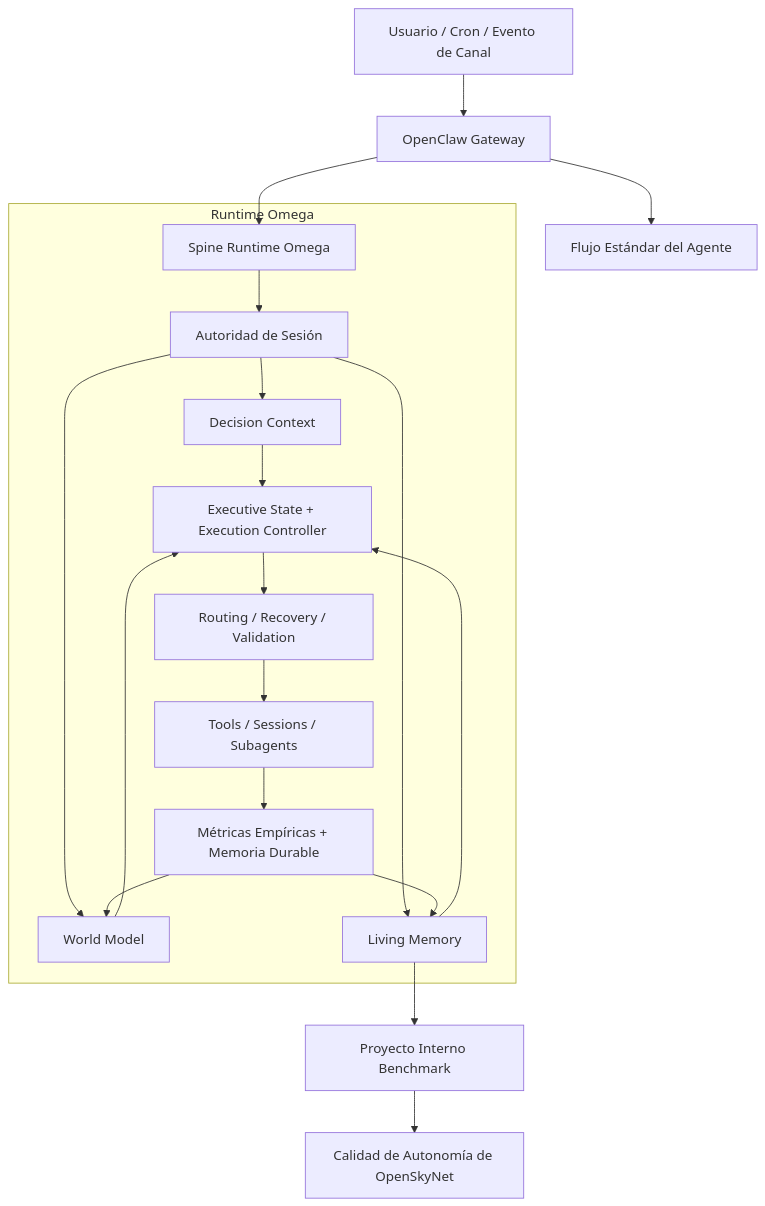
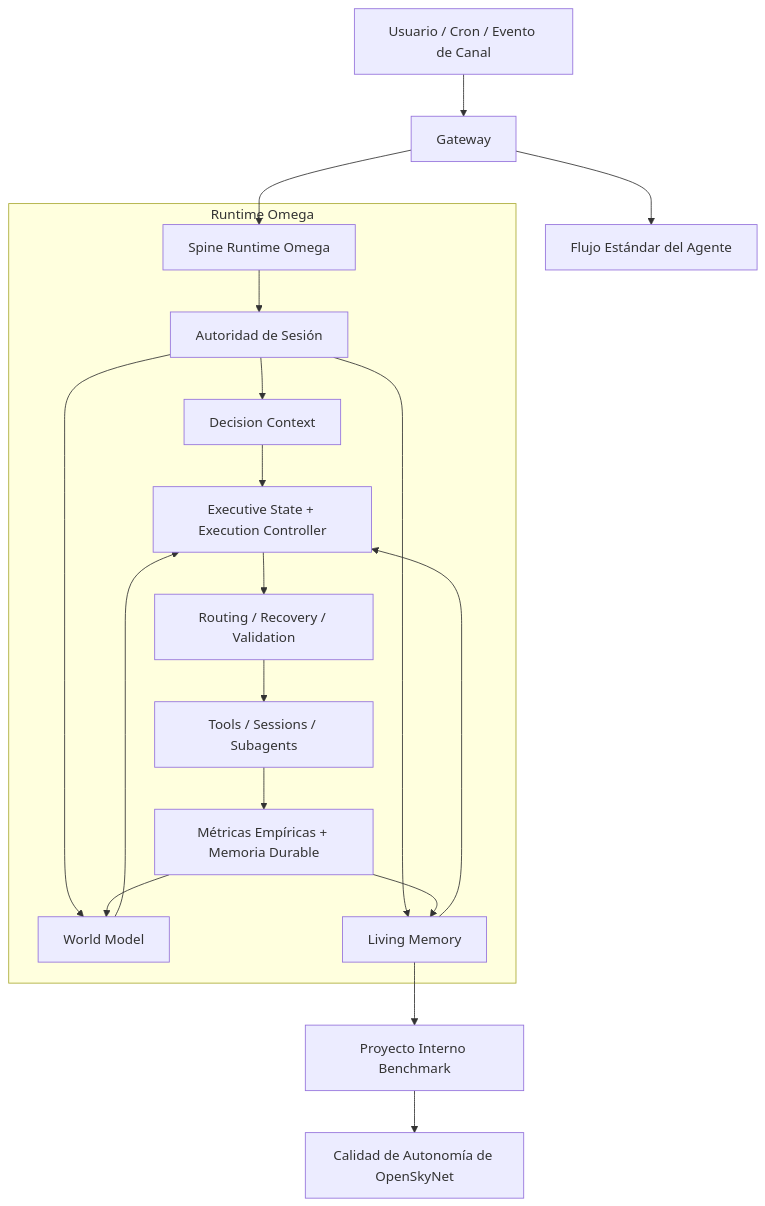
One commit to skynet-omega/openskynet changed the diagram in README.es.md. Above: the diagram before and after it, drawn with Mermaid. The commit also changed other lines of this file and 31 other files, not shown here.

````diff
--- a/README.es.md
+++ b/README.es.md
@@ -44,26 +44,26 @@
 ```mermaid
 graph TD
-    User[Usuario / Cron / Evento de Canal] --> Gateway[OpenClaw Gateway]
+    User[Usuario / Cron / Evento de Canal] --> Gateway[Gateway]
     Gateway --> Agent[Flujo Estándar del Agente]
     Gateway --> Omega[Spine Runtime Omega]
 
     subgraph Runtime Omega
         Omega --> Session[Autoridad de Sesión]
         Session --> Decision[Decision Context]
         Session --> World[World Model]
         Session --> Living[Living Memory]
 
         Decision --> Executive[Executive State + Execution Controller]
         World --> Executive
         Living --> Executive
 
         Executive --> Route[Routing / Recovery / Validation]
         Route --> Work[Tools / Sessions / Subagents]
         Work --> Metrics[Métricas Empíricas + Memoria Durable]
         Metrics --> World
         Metrics --> Living
     end
 
     Living --> Internal[Proyecto Interno Benchmark]
     Internal --> OpenSkyNet[Calidad de Autonomía de OpenSkyNet]
 ```
````
